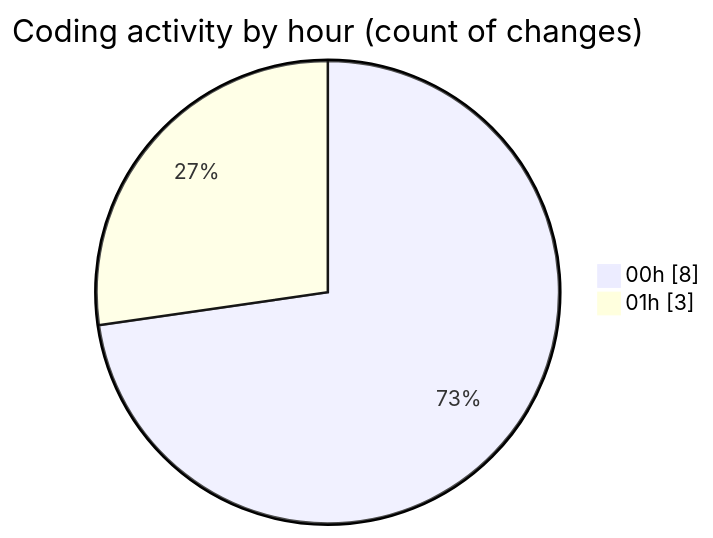
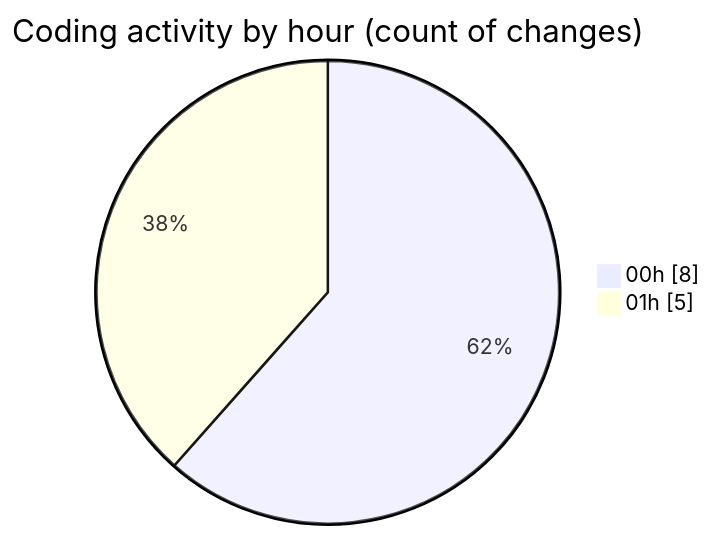
The second of 2 diagrams in 2025-07-24/fish/README.md (EIIisD/code-tracking), drawn with Mermaid before and after one commit. The commit also changed other lines of this file and 1 other file, not shown here.

````diff
--- a/2025-07-24/fish/README.md
+++ b/2025-07-24/fish/README.md
@@ -33,6 +34,6 @@
 ```mermaid
 pie showData
 title Coding activity by hour (count of changes)
 "00h" : 8
-"01h" : 3
+"01h" : 5
 ```
````
